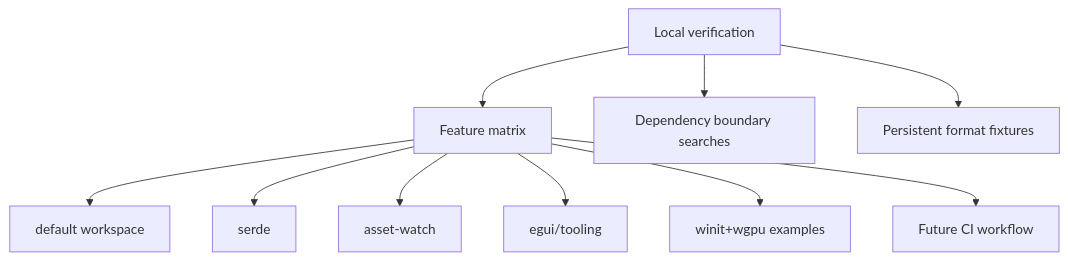
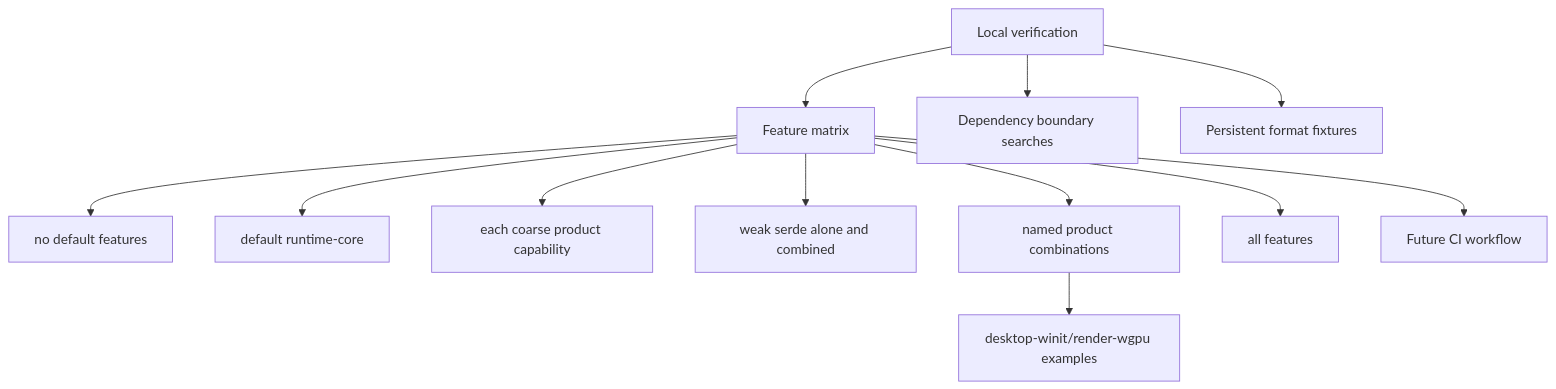
The diagram in docs/architecture/adr/0055-feature-matrix-boundary-checks-and-compatibility-fixtures.md (Latias94/nara), drawn with Mermaid before and after one commit. The commit also changed other lines of this file and 25 other files, not shown here.

First line of the commit message:
docs(architecture): define product capability and task ownership

````diff
--- a/docs/architecture/adr/0055-feature-matrix-boundary-checks-and-compatibility-fixtures.md
+++ b/docs/architecture/adr/0055-feature-matrix-boundary-checks-and-compatibility-fixtures.md
@@ -17,12 +18,14 @@
 ```mermaid
 flowchart TD
     Local[Local verification] --> Matrix[Feature matrix]
-    Matrix --> Default[default workspace]
-    Matrix --> Serde[serde]
-    Matrix --> Watch[asset-watch]
-    Matrix --> Tooling[egui/tooling]
-    Matrix --> Backend[winit+wgpu examples]
+    Matrix --> Empty[no default features]
+    Matrix --> Default[default runtime-core]
+    Matrix --> Singles[each coarse product capability]
+    Matrix --> Serde[weak serde alone and combined]
+    Matrix --> Products[named product combinations]
+    Matrix --> All[all features]
+    Products --> Backend[desktop-winit/render-wgpu examples]
     Local --> Boundary[Dependency boundary searches]
     Local --> Fixtures[Persistent format fixtures]
     Matrix --> FutureCI[Future CI workflow]
 ```
````
